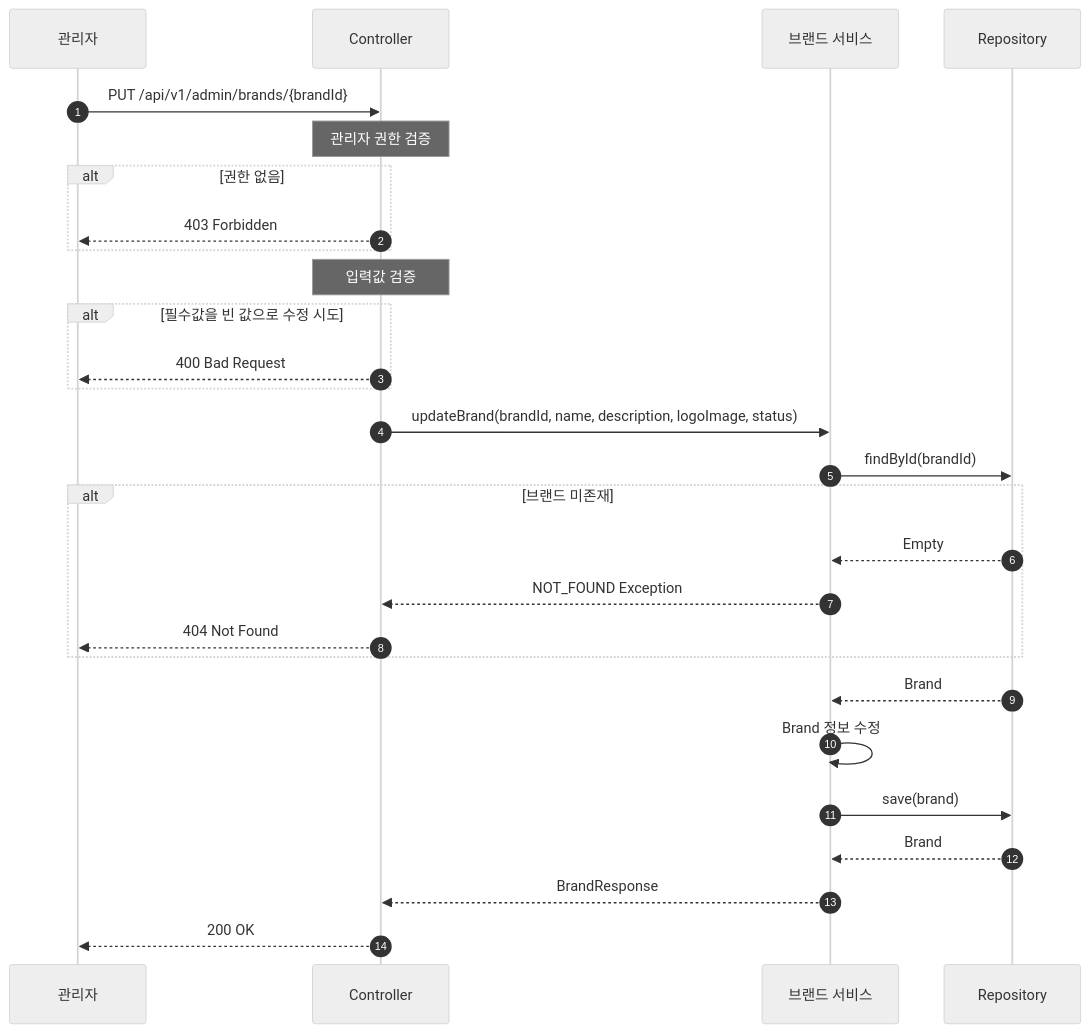
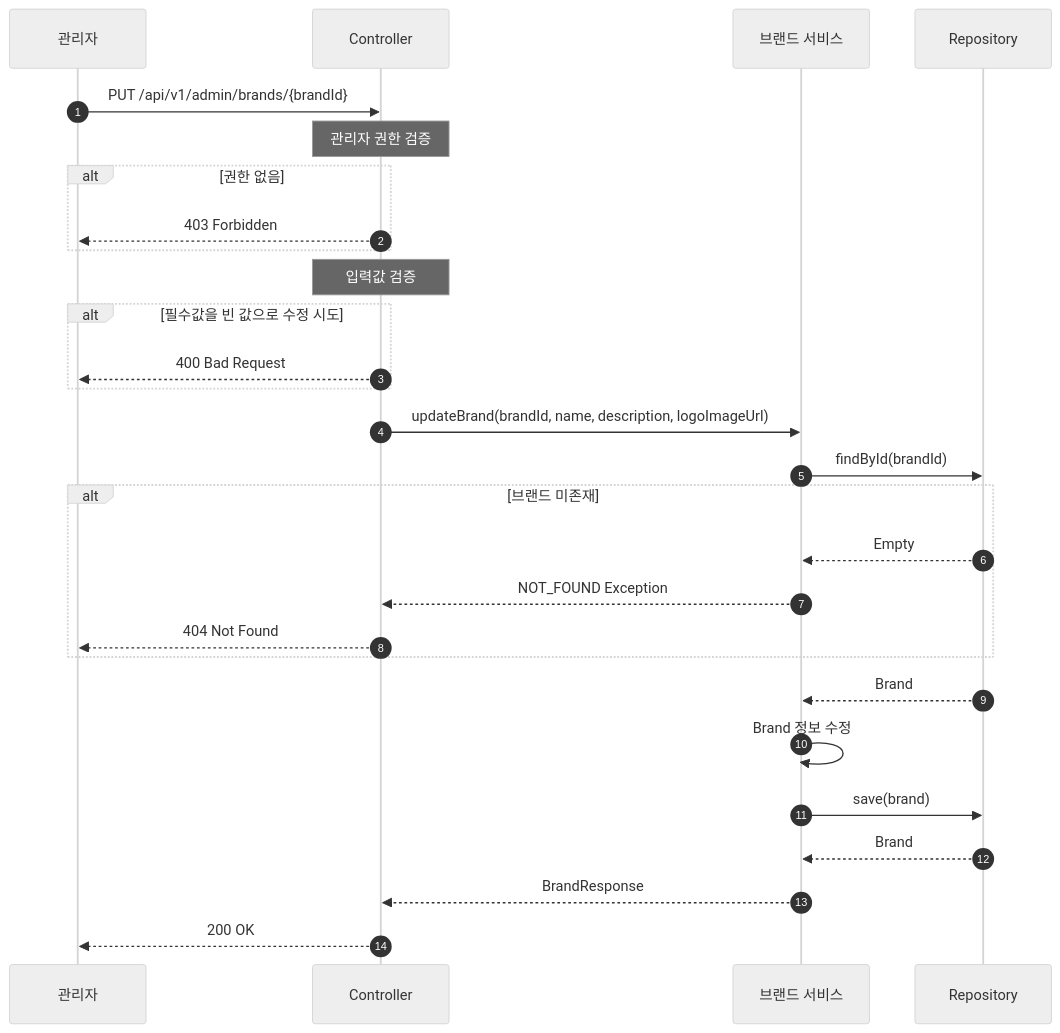
The seventh of 16 diagrams in docs/design/02-sequence-diagram.md (letter333/loop-pack-be-l2-vol3-java), drawn with Mermaid (neutral theme) before and after one commit. The commit also changed other lines of this file and 3 other files, not shown here.

````diff
--- a/docs/design/02-sequence-diagram.md
+++ b/docs/design/02-sequence-diagram.md
@@ -228,37 +218,37 @@
 ```mermaid
 sequenceDiagram
     autonumber
     participant Admin as 관리자
     participant Controller
     participant BrandService as 브랜드 서비스
     participant Repository
 
     Admin->>Controller: PUT /api/v1/admin/brands/{brandId}
     Note over Controller: 관리자 권한 검증
 
     alt 권한 없음
         Controller-->>Admin: 403 Forbidden
     end
 
     Note over Controller: 입력값 검증
 
     alt 필수값을 빈 값으로 수정 시도
         Controller-->>Admin: 400 Bad Request
     end
 
-    Controller->>BrandService: updateBrand(brandId, name, description, logoImage, status)
+    Controller->>BrandService: updateBrand(brandId, name, description, logoImageUrl)
     BrandService->>Repository: findById(brandId)
 
     alt 브랜드 미존재
         Repository-->>BrandService: Empty
         BrandService-->>Controller: NOT_FOUND Exception
         Controller-->>Admin: 404 Not Found
     end
 
     Repository-->>BrandService: Brand
     BrandService->>BrandService: Brand 정보 수정
     BrandService->>Repository: save(brand)
     Repository-->>BrandService: Brand
     BrandService-->>Controller: BrandResponse
     Controller-->>Admin: 200 OK
 ```
````
